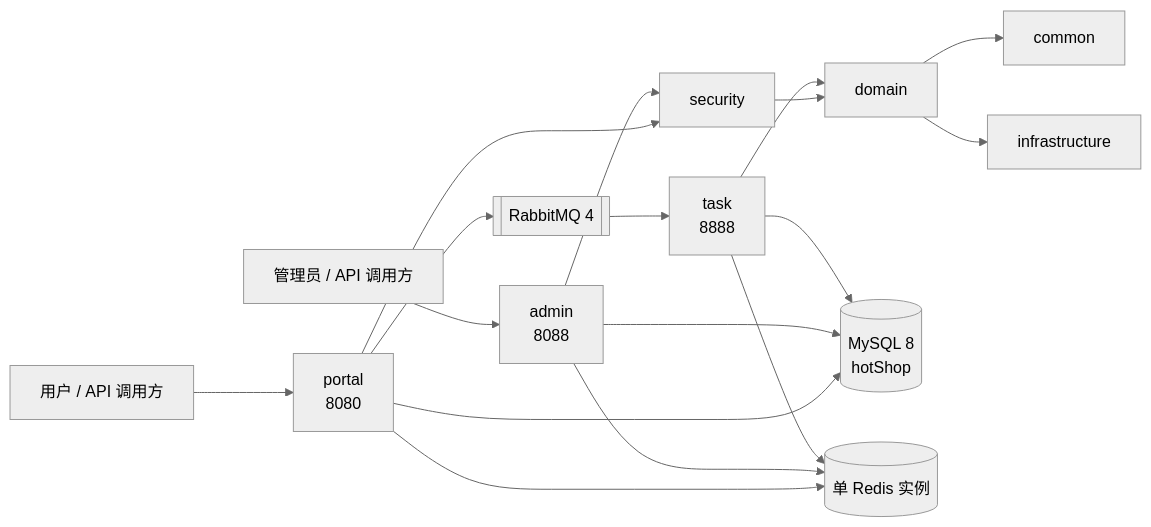
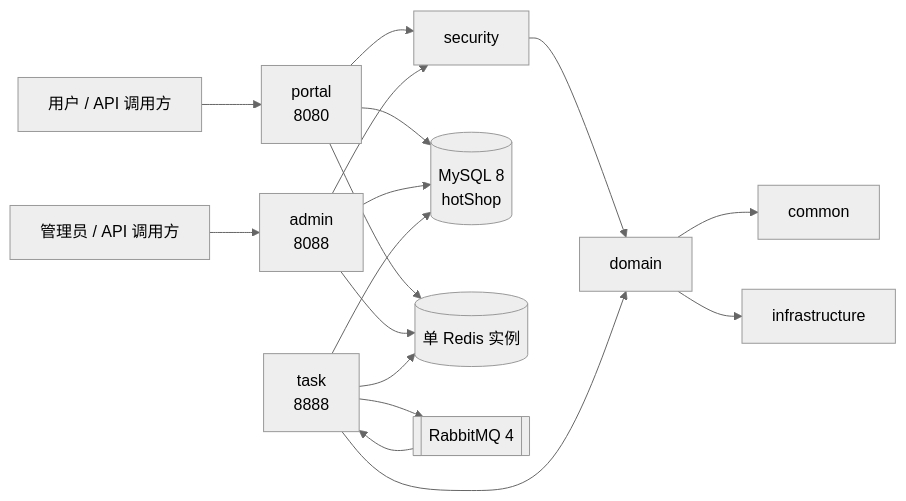
The diagram in docs/architecture/current-state.md (LBBZ/hotShop), drawn with Mermaid (neutral theme) before and after one commit. The commit also changed other lines of this file and 77 other files, not shown here.

````diff
--- a/docs/architecture/current-state.md
+++ b/docs/architecture/current-state.md
@@ -13,21 +14,21 @@
 ```mermaid
 flowchart LR
     client["用户 / API 调用方"] --> portal["portal<br/>8080"]
     operator["管理员 / API 调用方"] --> admin["admin<br/>8088"]
 
     portal --> security["security"]
     admin --> security
     security --> domain["domain"]
     task["task<br/>8888"] --> domain
     domain --> common["common"]
     domain --> infrastructure["infrastructure"]
 
     portal --> mysql[("MySQL 8<br/>hotShop")]
     admin --> mysql
     task --> mysql
     portal --> redis[("单 Redis 实例")]
     admin --> redis
     task --> redis
-    portal --> rabbit[["RabbitMQ 4"]]
+    task --> rabbit[["RabbitMQ 4"]]
     rabbit --> task
 ```
````
